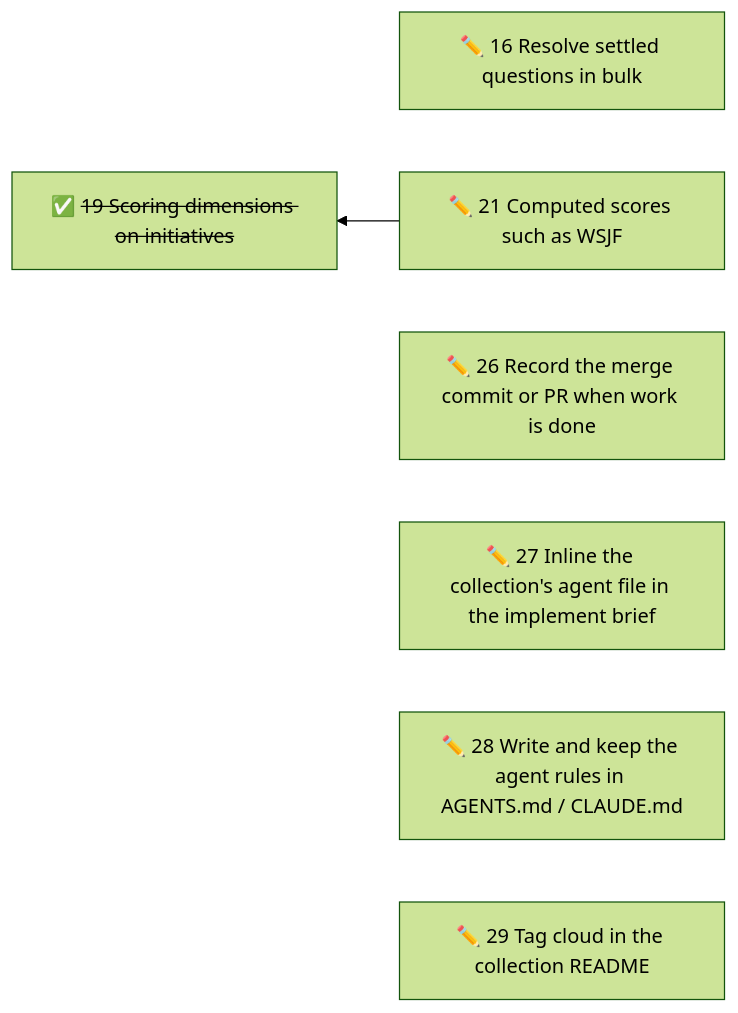
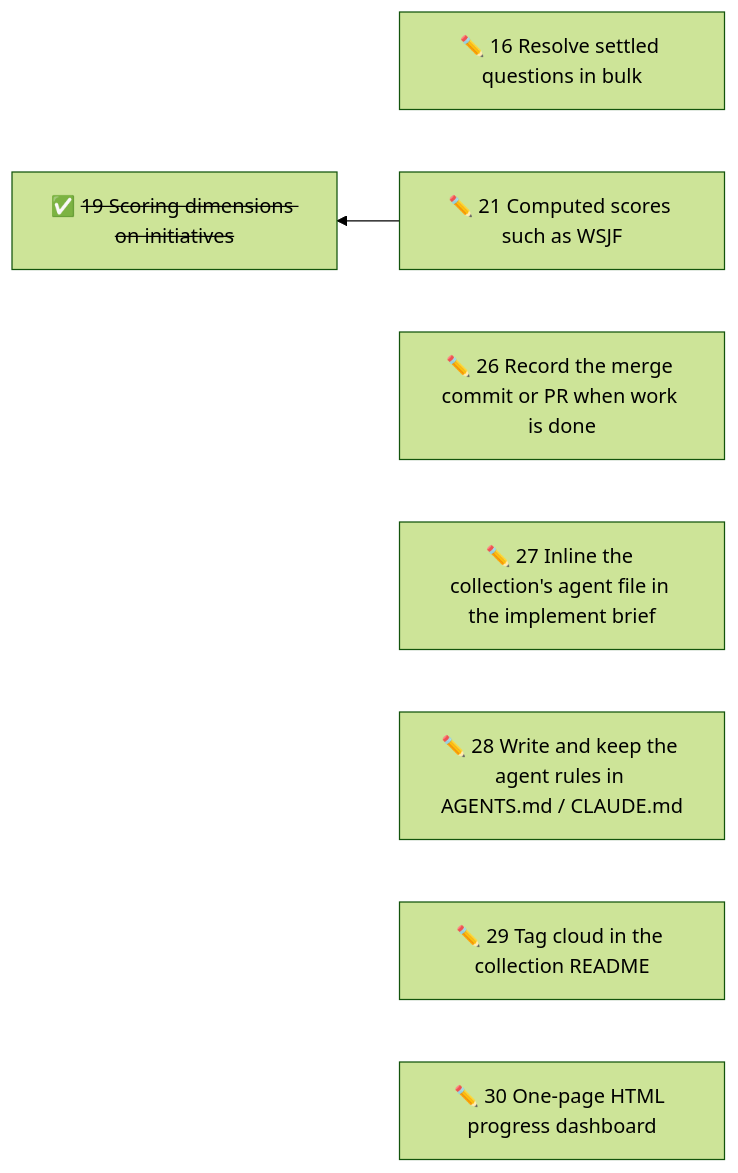
Before and after one commit to duckAsteroid/brindley: the diagram in initiatives/README.md, drawn with Mermaid (forest theme). The commit also changed other lines of this file and 2 other files, not shown here.

Commit message:
docs(initiatives): design the progress dashboard and record its spike
#30 settles how the report runs, its period, sizing, labels, layout
(headline, burn-up with a switchable key, workstream small multiples),
release markers, palettes and the light/dark switch, and how the docs
site shows it with canal examples; three questions from the spike remain.
#31 records the spike's findings: replay is fast enough, and which
design was chosen.

Claude-Session: https://claude.ai/code/session_01DXjcyPeoiWtYoe9wnBNbnj

````diff
--- a/initiatives/README.md
+++ b/initiatives/README.md
@@ -35,18 +36,20 @@
 ```mermaid
 flowchart RL
   n16["✏️ 16 Resolve settled questions in bulk"]
   n21["✏️ 21 Computed scores such as WSJF"]
   n26["✏️ 26 Record the merge commit or PR when work is done"]
   n27["✏️ 27 Inline the collection's agent file in the implement brief"]
   n28["✏️ 28 Write and keep the agent rules in AGENTS.md / CLAUDE.md"]
   n29["✏️ 29 Tag cloud in the collection README"]
+  n30["✏️ 30 One-page HTML progress dashboard"]
   n19["✅ <s>19 Scoring dimensions on initiatives</s>"]
   n21 --> n19
   click n16 href "16-resolve-settled-questions-in-bulk.md"
   click n21 href "21-computed-scores-such-as-wsjf.md"
   click n26 href "26-record-the-merge-commit-or-pr-when-work-is-done.md"
   click n27 href "27-inline-the-collection-s-agent-file-in-the-implement-brief.md"
   click n28 href "28-write-and-keep-the-agent-rules-in-agents-md-claude-md.md"
   click n29 href "29-tag-cloud-in-the-collection-readme.md"
+  click n30 href "30-one-page-html-progress-dashboard.md"
   click n19 href "done/19-rank-initiatives-by-scoring-dimensions.md"
 ```
````
